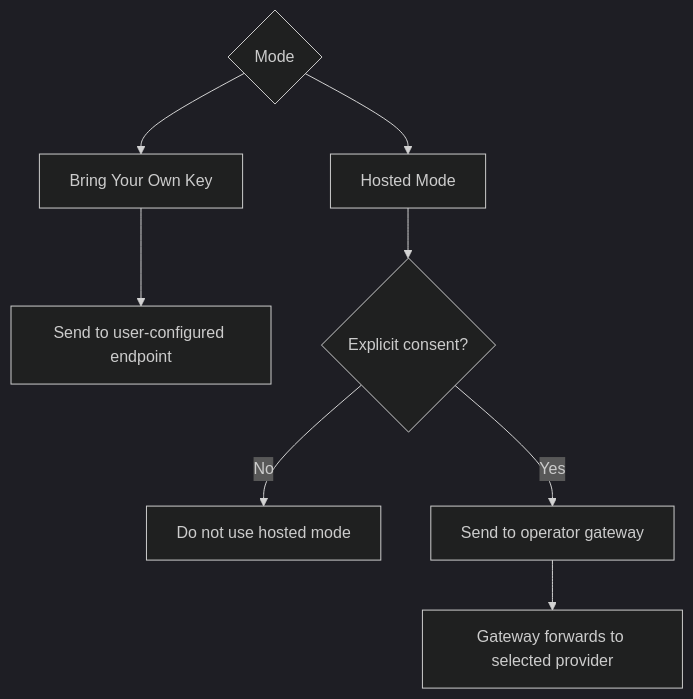
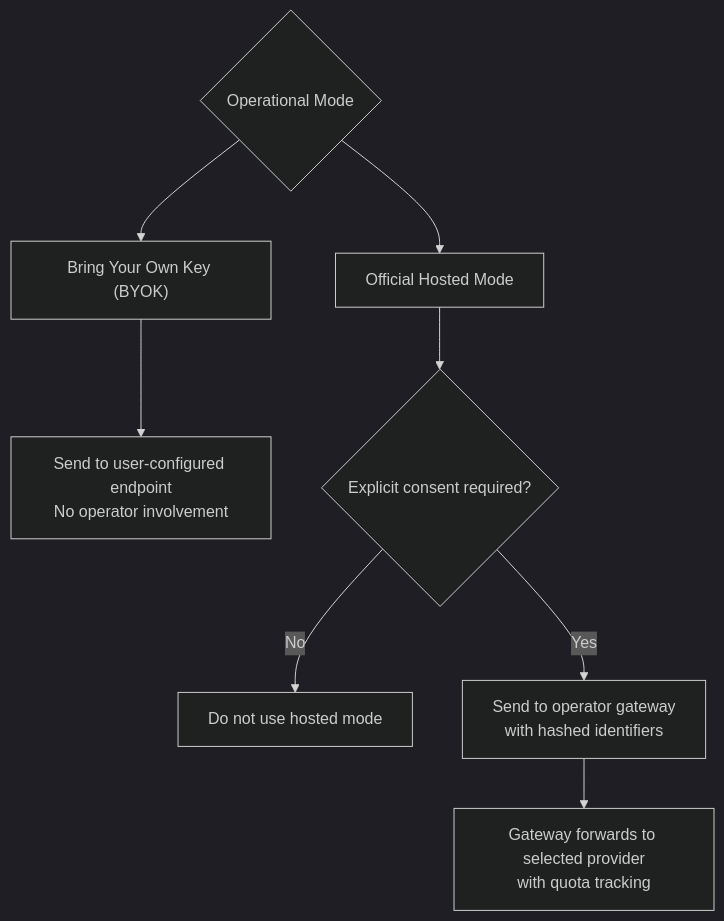
The sixth of 11 diagrams in .qoder/repowiki/en/content/Security & Privacy.md (DeloYong/jev-chat-jarvis), drawn with Mermaid (dark theme) before and after one commit. The commit also changed other lines of this file and 66 other files, not shown here.

````diff
--- a/.qoder/repowiki/en/content/Security & Privacy.md
+++ b/.qoder/repowiki/en/content/Security & Privacy.md
@@ -252,10 +297,10 @@
 ```mermaid
 flowchart TD
-Mode{"Mode"} --> BYOK["Bring Your Own Key"]
-Mode --> Hosted["Hosted Mode"]
-BYOK --> Direct["Send to user-configured endpoint"]
-Hosted --> Consent{"Explicit consent?"}
+Mode{"Operational Mode"} --> BYOK["Bring Your Own Key (BYOK)"]
+Mode --> Hosted["Official Hosted Mode"]
+BYOK --> Direct["Send to user-configured endpoint<br/>No operator involvement"]
+Hosted --> Consent{"Explicit consent required?"}
 Consent --> |No| Block["Do not use hosted mode"]
-Consent --> |Yes| Gateway["Send to operator gateway"]
-Gateway --> Provider["Gateway forwards to selected provider"]
+Consent --> |Yes| Gateway["Send to operator gateway<br/>with hashed identifiers"]
+Gateway --> Provider["Gateway forwards to selected provider<br/>with quota tracking"]
 ```
````
